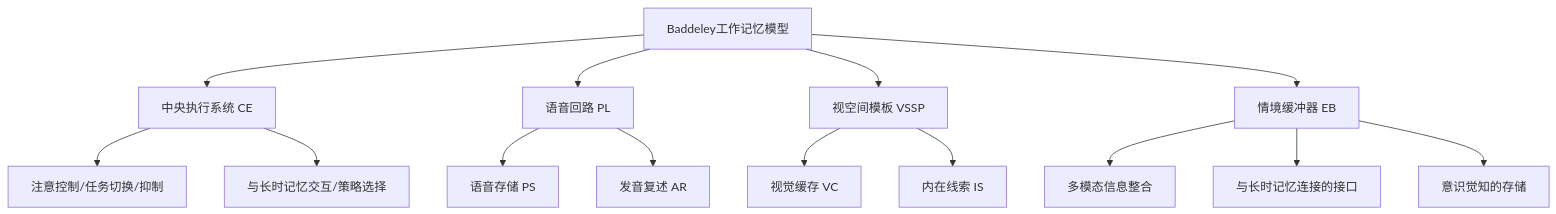
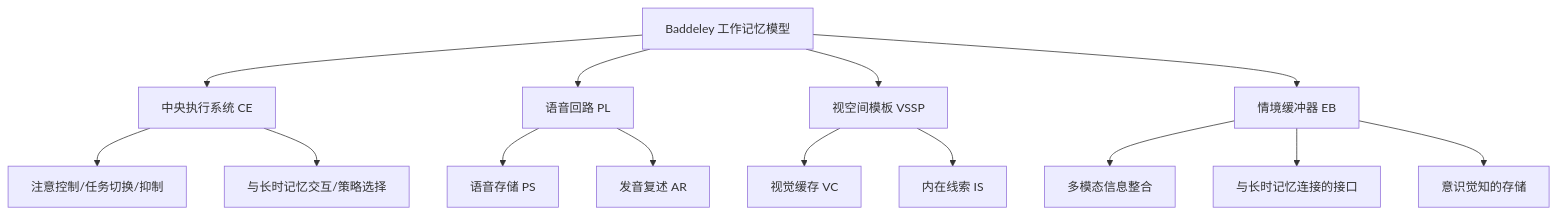
Before and after one commit to Tianshang301/TianshangKnowledgeBase: the diagram in 03_HumanitiesAndSocialSciences/Psychology/WorkingMemory.md, drawn with Mermaid. The commit also changed other lines of this file and 2257 other files, not shown here.

````diff
--- a/03_HumanitiesAndSocialSciences/Psychology/WorkingMemory.md
+++ b/03_HumanitiesAndSocialSciences/Psychology/WorkingMemory.md
@@ -14,16 +16,16 @@
 ```mermaid
 graph TD
-    A[Baddeley工作记忆模型] --> B[中央执行系统 CE]
+    A[Baddeley 工作记忆模型] --> B[中央执行系统 CE]
     A --> C[语音回路 PL]
     A --> D[视空间模板 VSSP]
     A --> E[情境缓冲器 EB]
     B --> F[注意控制/任务切换/抑制]
     B --> G[与长时记忆交互/策略选择]
     C --> H[语音存储 PS]
     C --> I[发音复述 AR]
     D --> J[视觉缓存 VC]
     D --> K[内在线索 IS]
     E --> L[多模态信息整合]
     E --> M[与长时记忆连接的接口]
     E --> N[意识觉知的存储]
 ```
````
